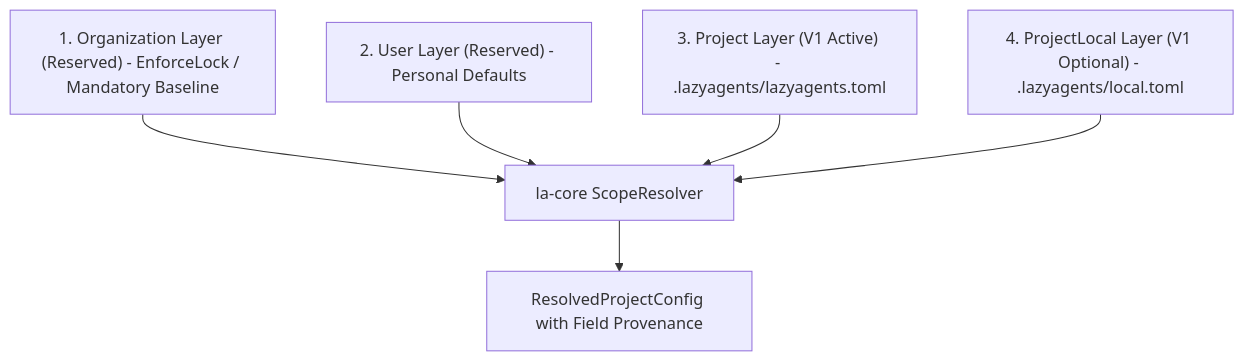
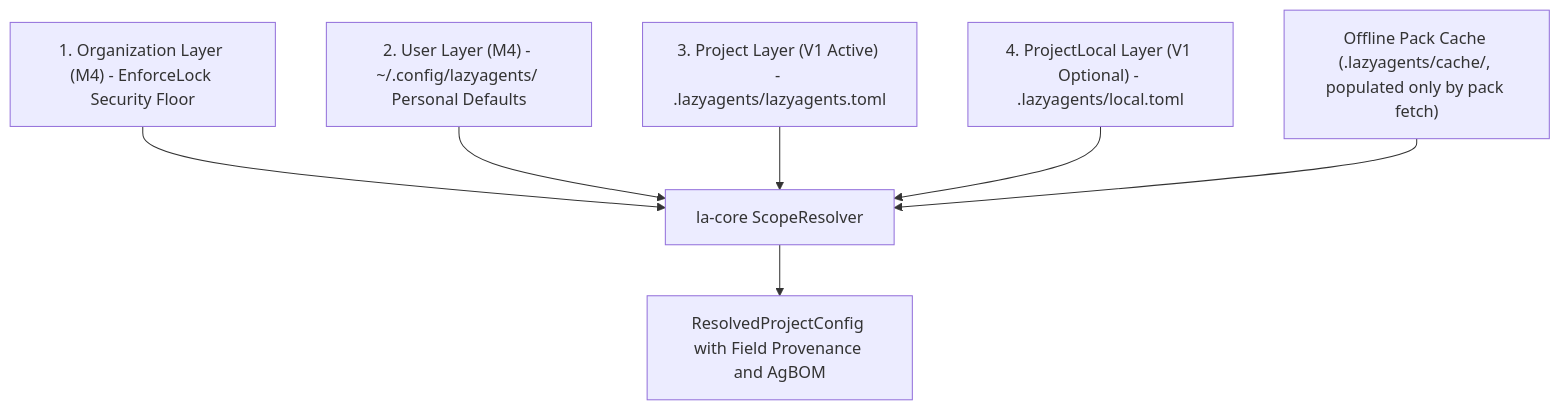
The second of 2 diagrams in docs/architecture.md (lazyaix/lazyagents), drawn with Mermaid before and after one commit. The commit also changed other lines of this file and 3 other files, not shown here.

First line of the commit message:
docs(arch): align architecture and TUI specs with 2026 methodology and M4/M5 plan (#27)

````diff
--- a/docs/architecture.md
+++ b/docs/architecture.md
@@ -140,8 +170,9 @@
 ```mermaid
 flowchart TD
-    Org["1. Organization Layer (Reserved) - EnforceLock / Mandatory Baseline"] --> Merge["la-core ScopeResolver"]
-    User["2. User Layer (Reserved) - Personal Defaults"] --> Merge
+    Org["1. Organization Layer (M4) - EnforceLock Security Floor"] --> Merge["la-core ScopeResolver"]
+    User["2. User Layer (M4) - ~/.config/lazyagents/ Personal Defaults"] --> Merge
     Proj["3. Project Layer (V1 Active) - .lazyagents/lazyagents.toml"] --> Merge
     Local["4. ProjectLocal Layer (V1 Optional) - .lazyagents/local.toml"] --> Merge
-    Merge --> Resolved["ResolvedProjectConfig with Field Provenance"]
+    Pack["Offline Pack Cache (.lazyagents/cache/, populated only by pack fetch)"] --> Merge
+    Merge --> Resolved["ResolvedProjectConfig with Field Provenance and AgBOM"]
 ```
````
